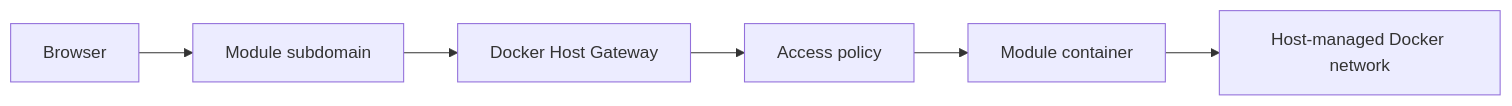
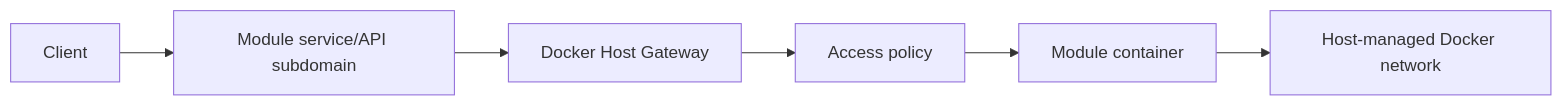
One commit to alex-de-haas/docker-host changed the second of 3 diagrams in docs/features/auth-gateway.md. Above: the diagram before and after it, drawn with Mermaid. The commit also changed other lines of this file and 16 other files, not shown here.

````diff
--- a/docs/features/auth-gateway.md
+++ b/docs/features/auth-gateway.md
@@ -102,8 +102,8 @@
 ```mermaid
 flowchart LR
-  U["Browser"] --> D["Module subdomain"]
+  U["Client"] --> D["Module service/API subdomain"]
   D --> G["Docker Host Gateway"]
   G --> A["Access policy"]
   A --> M["Module container"]
   M --> N["Host-managed Docker network"]
 ```
````
